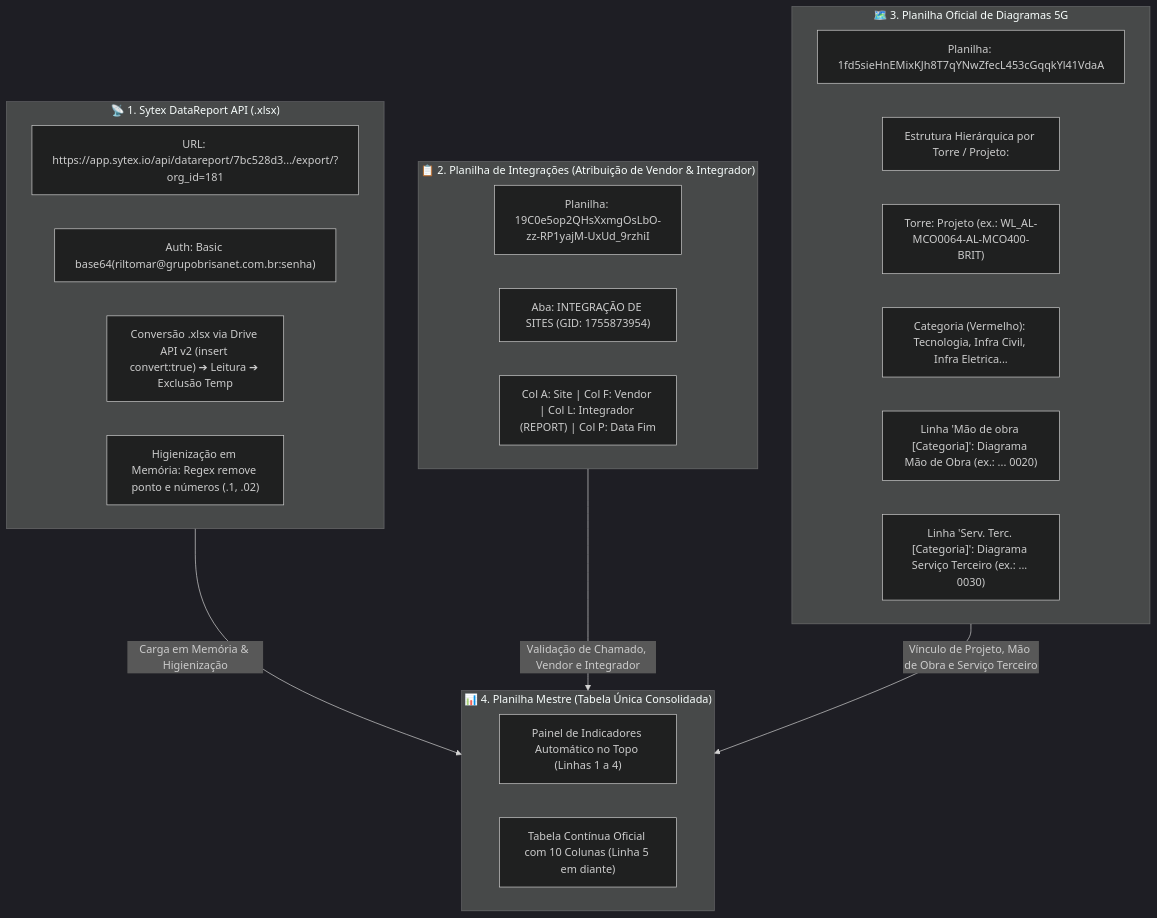
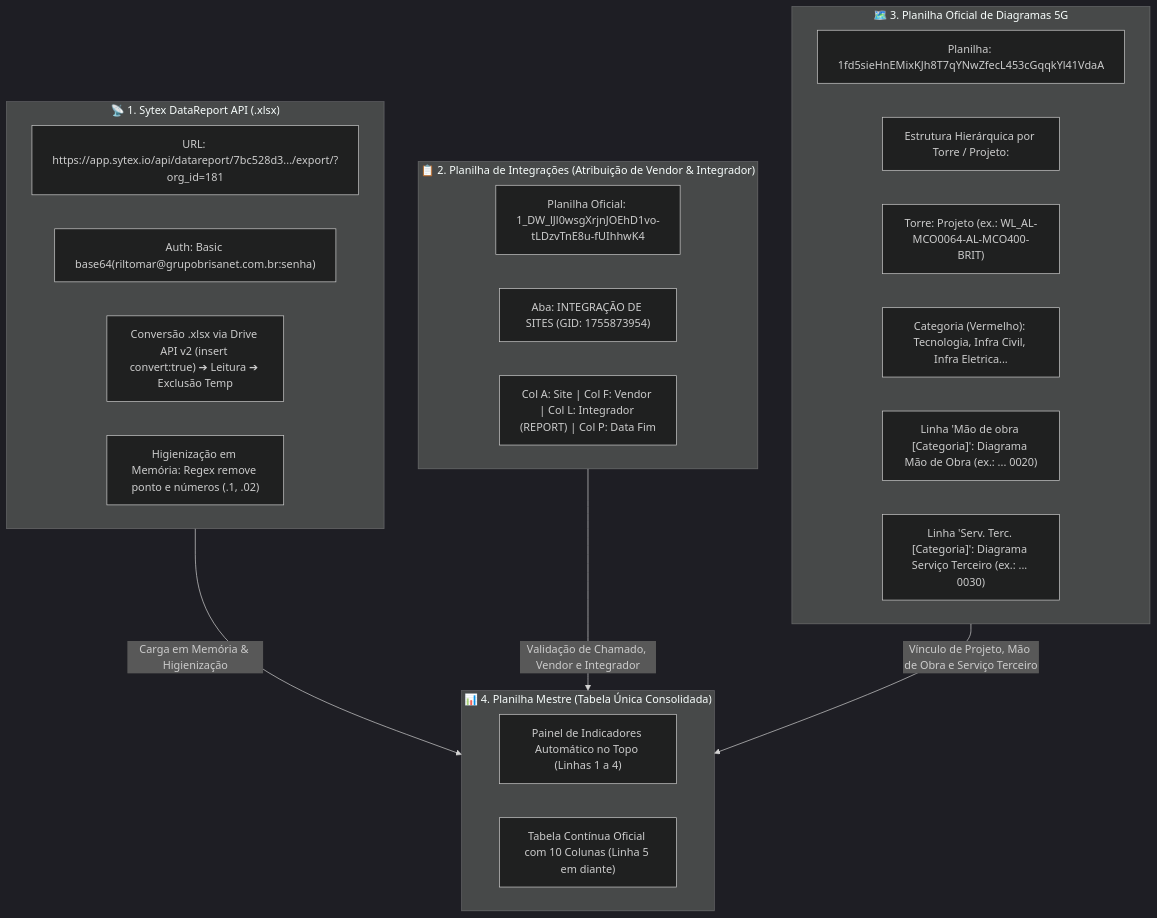
Before and after one commit to Rodrihenrique/orcamento-fpa: the diagram in automacao-diagramas/ARQUITETURA_NOVA_ESTRATEGIA.md, drawn with Mermaid (dark theme). The commit also changed 1 other file, not shown here.

Commit message:
feat: atualizar IDs para as planilhas oficiais de Integracoes e Diagramas 5G

````diff
--- a/automacao-diagramas/ARQUITETURA_NOVA_ESTRATEGIA.md
+++ b/automacao-diagramas/ARQUITETURA_NOVA_ESTRATEGIA.md
@@ -10,33 +10,33 @@
 ```mermaid
 flowchart TD
     subgraph Sytex["📡 1. Sytex DataReport API (.xlsx)"]
         S_URL["URL: https://app.sytex.io/api/datareport/7bc528d3.../export/?org_id=181"]
         S_Cred["Auth: Basic base64(riltomar@grupobrisanet.com.br:senha)"]
         S_Conv["Conversão .xlsx via Drive API v2 (insert convert:true) ➔ Leitura ➔ Exclusão Temp"]
         S_Sanit["Higienização em Memória: Regex remove ponto e números (.1, .02)"]
     end
 
     subgraph Integracao["📋 2. Planilha de Integrações (Atribuição de Vendor & Integrador)"]
-        I_Sheet["Planilha: 19C0e5op2QHsXxmgOsLbO-zz-RP1yajM-UxUd_9rzhiI"]
+        I_Sheet["Planilha Oficial: 1_DW_lJl0wsgXrjnJOEhD1vo-tLDzvTnE8u-fUIhhwK4"]
         I_Aba["Aba: INTEGRAÇÃO DE SITES (GID: 1755873954)"]
         I_Cols["Col A: Site | Col F: Vendor | Col L: Integrador (REPORT) | Col P: Data Fim"]
     end
 
     subgraph Diagramas["🗺️ 3. Planilha Oficial de Diagramas 5G"]
         D_Sheet["Planilha: 1fd5sieHnEMixKJh8T7qYNwZfecL453cGqqkYl41VdaA"]
         D_Struct["Estrutura Hierárquica por Torre / Projeto:"]
         D_Sub1["Torre: Projeto (ex.: WL_AL-MCO0064-AL-MCO400-BRIT)"]
         D_Sub2["Categoria (Vermelho): Tecnologia, Infra Civil, Infra Eletrica..."]
         D_Sub3["Linha 'Mão de obra [Categoria]': Diagrama Mão de Obra (ex.: ... 0020)"]
         D_Sub4["Linha 'Serv. Terc. [Categoria]': Diagrama Serviço Terceiro (ex.: ... 0030)"]
     end
 
     subgraph Destino["📊 4. Planilha Mestre (Tabela Única Consolidada)"]
         M_Dash["Painel de Indicadores Automático no Topo (Linhas 1 a 4)"]
         M_Table["Tabela Contínua Oficial com 10 Colunas (Linha 5 em diante)"]
     end
 
     Sytex -->|Carga em Memória & Higienização| Destino
     Integracao -->|Validação de Chamado, Vendor e Integrador| Destino
     Diagramas -->|Vínculo de Projeto, Mão de Obra e Serviço Terceiro| Destino
 ```
````
